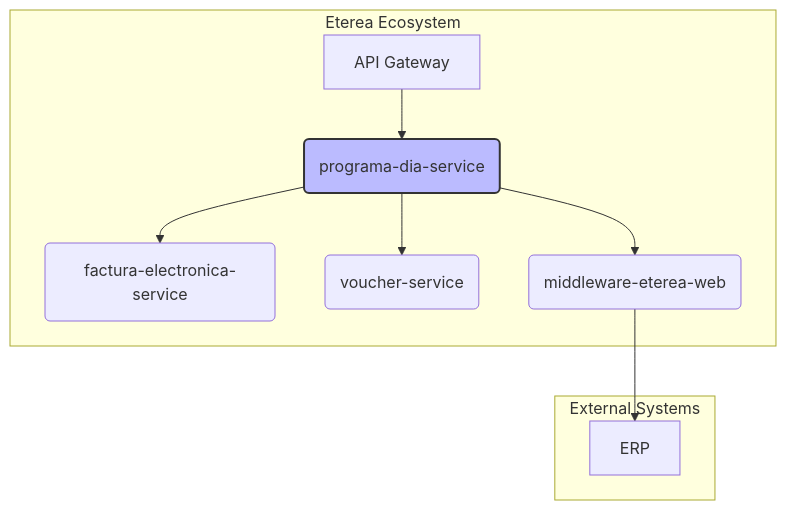
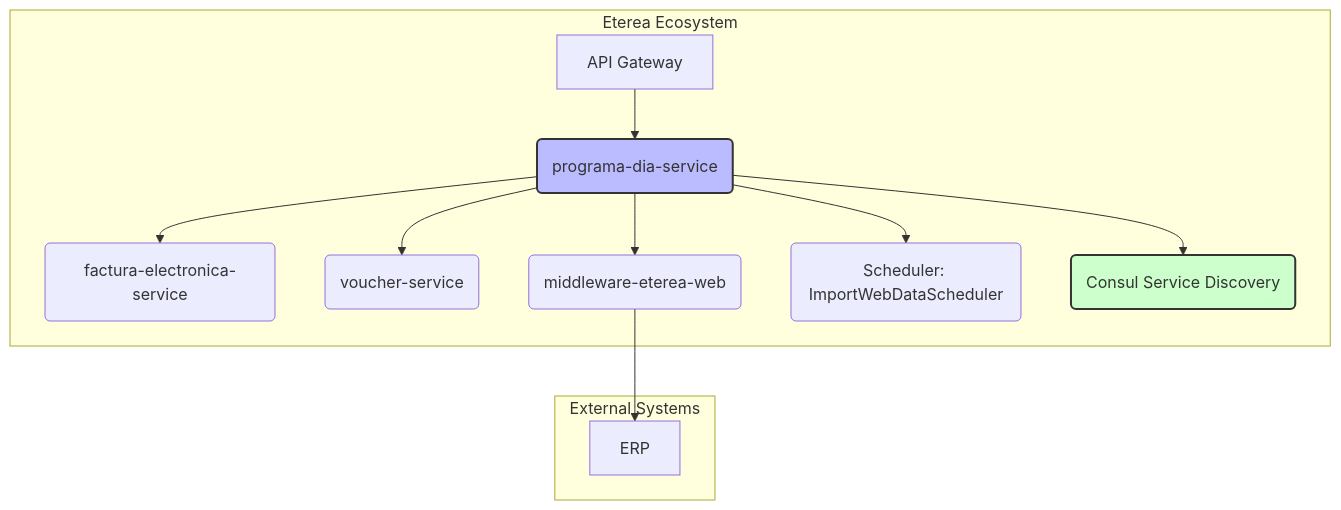
Before and after one commit to ETEREA-services/ETEREA.programa-dia-service: the diagram in docs/diagrams/architecture.mmd, drawn with Mermaid. The commit also changed 8 other files, not shown here.

```diff
--- a/docs/diagrams/architecture.mmd
+++ b/docs/diagrams/architecture.mmd
@@ -1,13 +1,16 @@
 graph TD
     subgraph "Eterea Ecosystem"
         A[API Gateway] --> PD(programa-dia-service)
         PD --> FE(factura-electronica-service)
         PD --> VS(voucher-service)
         PD --> MW(middleware-eterea-web)
+        PD --> SC(Scheduler: ImportWebDataScheduler)
+        PD --> CO(Consul Service Discovery)
     end
 
     subgraph "External Systems"
         MW --> ERP
     end
 
     style PD fill:#bbf,stroke:#333,stroke-width:2px
+    style CO fill:#cfc,stroke:#333,stroke-width:2px
```
